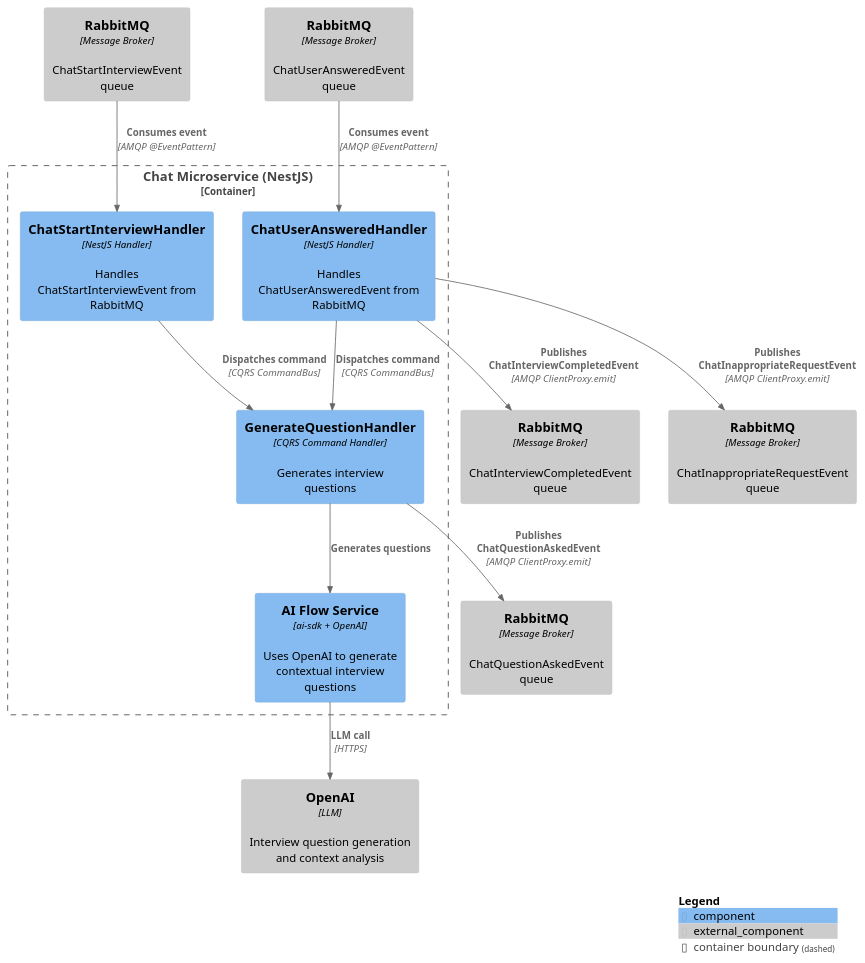
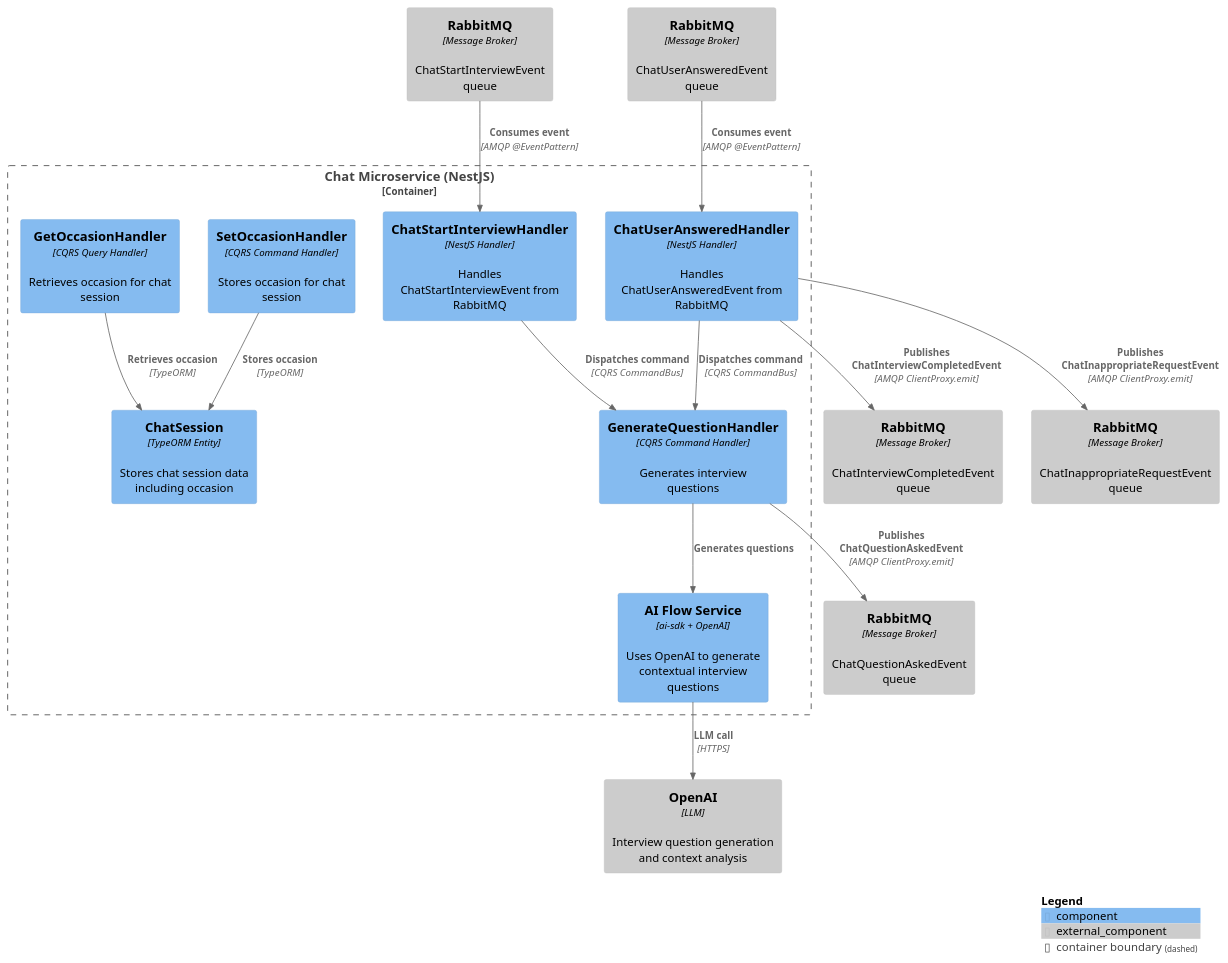
One commit to Generacja-Cuzi/ai-present-finder changed the diagram in docs/C4_v0.2.0/chat_component.puml. Above: the diagram before and after it, drawn with PlantUML. The commit also changed 6 other files, not shown here.

Commit message:
fix: update diagrams - BrightData flow, chat handlers, layout, simplify docs

```diff
--- a/docs/C4_v0.2.0/chat_component.puml
+++ b/docs/C4_v0.2.0/chat_component.puml
@@ -1,30 +1,36 @@
 @startuml C4_Component_Chat
 !include https://raw.githubusercontent.com/plantuml-stdlib/C4-PlantUML/master/C4_Component.puml
 
 Container_Boundary(chat, "Chat Microservice (NestJS)") {
   Component(start_handler, "ChatStartInterviewHandler", "NestJS Handler", "Handles ChatStartInterviewEvent from RabbitMQ")
   Component(answer_handler, "ChatUserAnsweredHandler", "NestJS Handler", "Handles ChatUserAnsweredEvent from RabbitMQ")
   Component(question_handler, "GenerateQuestionHandler", "CQRS Command Handler", "Generates interview questions")
+  Component(set_occasion_handler, "SetOccasionHandler", "CQRS Command Handler", "Stores occasion for chat session")
+  Component(get_occasion_handler, "GetOccasionHandler", "CQRS Query Handler", "Retrieves occasion for chat session")
   Component(ai_flow, "AI Flow Service", "ai-sdk + OpenAI", "Uses OpenAI to generate contextual interview questions")
+  Component(chat_session_db, "ChatSession", "TypeORM Entity", "Stores chat session data including occasion")
 }
 
 Component_Ext(rabbitmq_in_start, "RabbitMQ", "Message Broker", "ChatStartInterviewEvent queue")
 Component_Ext(rabbitmq_in_answer, "RabbitMQ", "Message Broker", "ChatUserAnsweredEvent queue")
 Component_Ext(rabbitmq_out_question, "RabbitMQ", "Message Broker", "ChatQuestionAskedEvent queue")
 Component_Ext(rabbitmq_out_completed, "RabbitMQ", "Message Broker", "ChatInterviewCompletedEvent queue")
 Component_Ext(rabbitmq_out_inappropriate, "RabbitMQ", "Message Broker", "ChatInappropriateRequestEvent queue")
 Component_Ext(openai, "OpenAI", "LLM", "Interview question generation and context analysis")
 
 Rel(rabbitmq_in_start, start_handler, "Consumes event", "AMQP @EventPattern")
 Rel(start_handler, question_handler, "Dispatches command", "CQRS CommandBus")
 Rel(question_handler, ai_flow, "Generates questions")
 Rel(ai_flow, openai, "LLM call", "HTTPS")
 Rel(question_handler, rabbitmq_out_question, "Publishes ChatQuestionAskedEvent", "AMQP ClientProxy.emit")
 
 Rel(rabbitmq_in_answer, answer_handler, "Consumes event", "AMQP @EventPattern")
 Rel(answer_handler, question_handler, "Dispatches command", "CQRS CommandBus")
 Rel(answer_handler, rabbitmq_out_completed, "Publishes ChatInterviewCompletedEvent", "AMQP ClientProxy.emit")
 Rel(answer_handler, rabbitmq_out_inappropriate, "Publishes ChatInappropriateRequestEvent", "AMQP ClientProxy.emit")
 
+Rel(set_occasion_handler, chat_session_db, "Stores occasion", "TypeORM")
+Rel(get_occasion_handler, chat_session_db, "Retrieves occasion", "TypeORM")
+
 SHOW_LEGEND()
 @enduml
```
